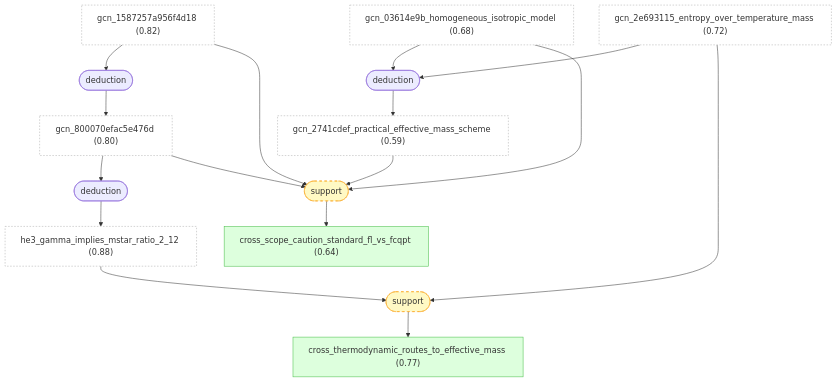
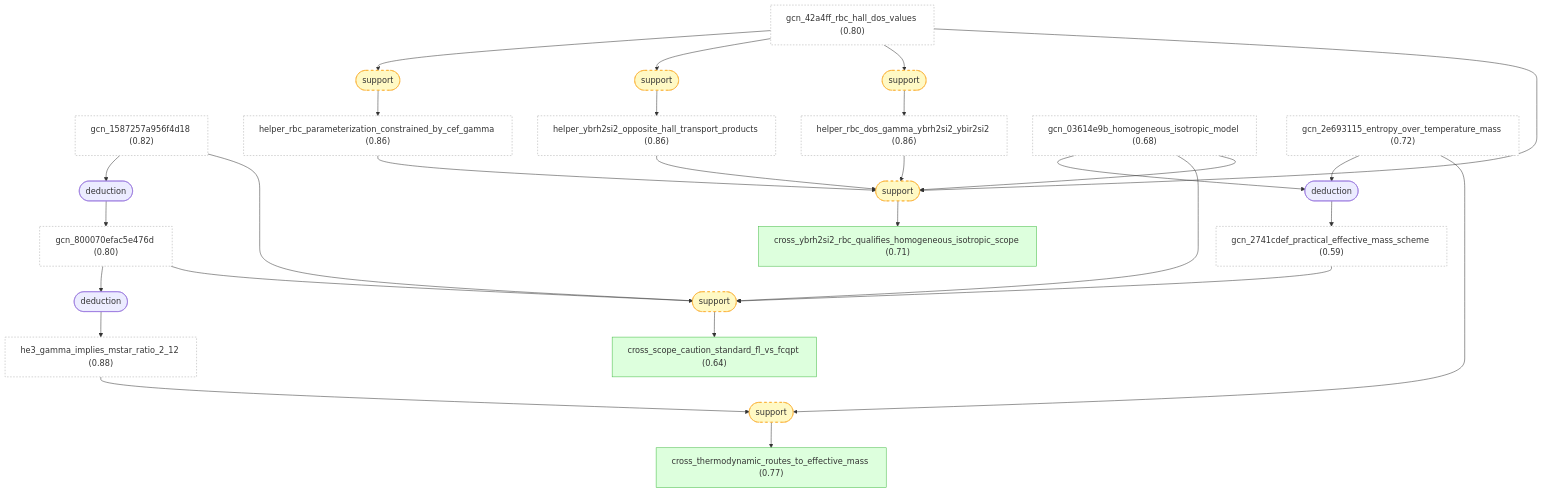
The fourth of 4 diagrams in docs/detailed-reasoning.md (Callo42/fermi-liquid-effective-mass-gaia), drawn with Mermaid before and after one commit. The commit also changed other lines of this file and 65 other files, not shown here.

First line of the commit message:
Extend YbRh2Si2 effective-mass graph with RBC evidence

````diff
--- a/docs/detailed-reasoning.md
+++ b/docs/detailed-reasoning.md
@@ -316,41 +498,62 @@
 ```mermaid
 graph TD
     gcn_1587257a956f4d18["gcn_1587257a956f4d18 (0.82)"]:::external
     gcn_800070efac5e476d["gcn_800070efac5e476d (0.80)"]:::external
     he3_gamma_implies_mstar_ratio_2_12["he3_gamma_implies_mstar_ratio_2_12 (0.88)"]:::external
+    gcn_42a4ff_rbc_hall_dos_values["gcn_42a4ff_rbc_hall_dos_values (0.80)"]:::external
+    helper_rbc_parameterization_constrained_by_cef_gamma["helper_rbc_parameterization_constrained_by_cef_gamma (0.86)"]:::external
+    helper_ybrh2si2_opposite_hall_transport_products["helper_ybrh2si2_opposite_hall_transport_products (0.86)"]:::external
+    helper_rbc_dos_gamma_ybrh2si2_ybir2si2["helper_rbc_dos_gamma_ybrh2si2_ybir2si2 (0.86)"]:::external
     gcn_03614e9b_homogeneous_isotropic_model["gcn_03614e9b_homogeneous_isotropic_model (0.68)"]:::external
     gcn_2e693115_entropy_over_temperature_mass["gcn_2e693115_entropy_over_temperature_mass (0.72)"]:::external
     gcn_2741cdef_practical_effective_mass_scheme["gcn_2741cdef_practical_effective_mass_scheme (0.59)"]:::external
     cross_thermodynamic_routes_to_effective_mass["cross_thermodynamic_routes_to_effective_mass (0.77)"]:::derived
     cross_scope_caution_standard_fl_vs_fcqpt["cross_scope_caution_standard_fl_vs_fcqpt (0.64)"]:::derived
+    cross_ybrh2si2_rbc_qualifies_homogeneous_isotropic_scope["cross_ybrh2si2_rbc_qualifies_homogeneous_isotropic_scope (0.71)"]:::derived
     strat_0(["deduction"])
     gcn_1587257a956f4d18 --> strat_0
     strat_0 --> gcn_800070efac5e476d
     strat_1(["deduction"])
     gcn_800070efac5e476d --> strat_1
     strat_1 --> he3_gamma_implies_mstar_ratio_2_12
-    strat_3(["deduction"])
-    gcn_03614e9b_homogeneous_isotropic_model --> strat_3
-    gcn_2e693115_entropy_over_temperature_mass --> strat_3
-    strat_3 --> gcn_2741cdef_practical_effective_mass_scheme
     strat_4(["support"]):::weak
-    he3_gamma_implies_mstar_ratio_2_12 --> strat_4
-    gcn_2e693115_entropy_over_temperature_mass --> strat_4
-    strat_4 --> cross_thermodynamic_routes_to_effective_mass
+    gcn_42a4ff_rbc_hall_dos_values --> strat_4
+    strat_4 --> helper_rbc_parameterization_constrained_by_cef_gamma
     strat_5(["support"]):::weak
-    gcn_800070efac5e476d --> strat_5
-    gcn_2741cdef_practical_effective_mass_scheme --> strat_5
-    gcn_1587257a956f4d18 --> strat_5
-    gcn_03614e9b_homogeneous_isotropic_model --> strat_5
-    strat_5 --> cross_scope_caution_standard_fl_vs_fcqpt
+    gcn_42a4ff_rbc_hall_dos_values --> strat_5
+    strat_5 --> helper_ybrh2si2_opposite_hall_transport_products
+    strat_6(["support"]):::weak
+    gcn_42a4ff_rbc_hall_dos_values --> strat_6
+    strat_6 --> helper_rbc_dos_gamma_ybrh2si2_ybir2si2
+    strat_7(["deduction"])
+    gcn_03614e9b_homogeneous_isotropic_model --> strat_7
+    gcn_2e693115_entropy_over_temperature_mass --> strat_7
+    strat_7 --> gcn_2741cdef_practical_effective_mass_scheme
+    strat_8(["support"]):::weak
+    he3_gamma_implies_mstar_ratio_2_12 --> strat_8
+    gcn_2e693115_entropy_over_temperature_mass --> strat_8
+    strat_8 --> cross_thermodynamic_routes_to_effective_mass
+    strat_9(["support"]):::weak
+    gcn_800070efac5e476d --> strat_9
+    gcn_2741cdef_practical_effective_mass_scheme --> strat_9
+    gcn_1587257a956f4d18 --> strat_9
+    gcn_03614e9b_homogeneous_isotropic_model --> strat_9
+    strat_9 --> cross_scope_caution_standard_fl_vs_fcqpt
+    strat_10(["support"]):::weak
+    gcn_03614e9b_homogeneous_isotropic_model --> strat_10
+    gcn_42a4ff_rbc_hall_dos_values --> strat_10
+    helper_rbc_parameterization_constrained_by_cef_gamma --> strat_10
+    helper_ybrh2si2_opposite_hall_transport_products --> strat_10
+    helper_rbc_dos_gamma_ybrh2si2_ybir2si2 --> strat_10
+    strat_10 --> cross_ybrh2si2_rbc_qualifies_homogeneous_isotropic_scope
 
     classDef setting fill:#f0f0f0,stroke:#999,color:#333
     classDef premise fill:#ddeeff,stroke:#4488bb,color:#333
     classDef derived fill:#ddffdd,stroke:#44bb44,color:#333
     classDef question fill:#fff3dd,stroke:#cc9944,color:#333
     classDef background fill:#f5f5f5,stroke:#bbb,stroke-dasharray: 5 5,color:#333
     classDef orphan fill:#fff,stroke:#ccc,stroke-dasharray: 5 5,color:#333
     classDef external fill:#fff,stroke:#aaa,stroke-dasharray: 3 3,color:#333
     classDef weak fill:#fff9c4,stroke:#f9a825,stroke-dasharray: 5 5,color:#333
     classDef contra fill:#ffebee,stroke:#c62828,color:#333
 ```
````
